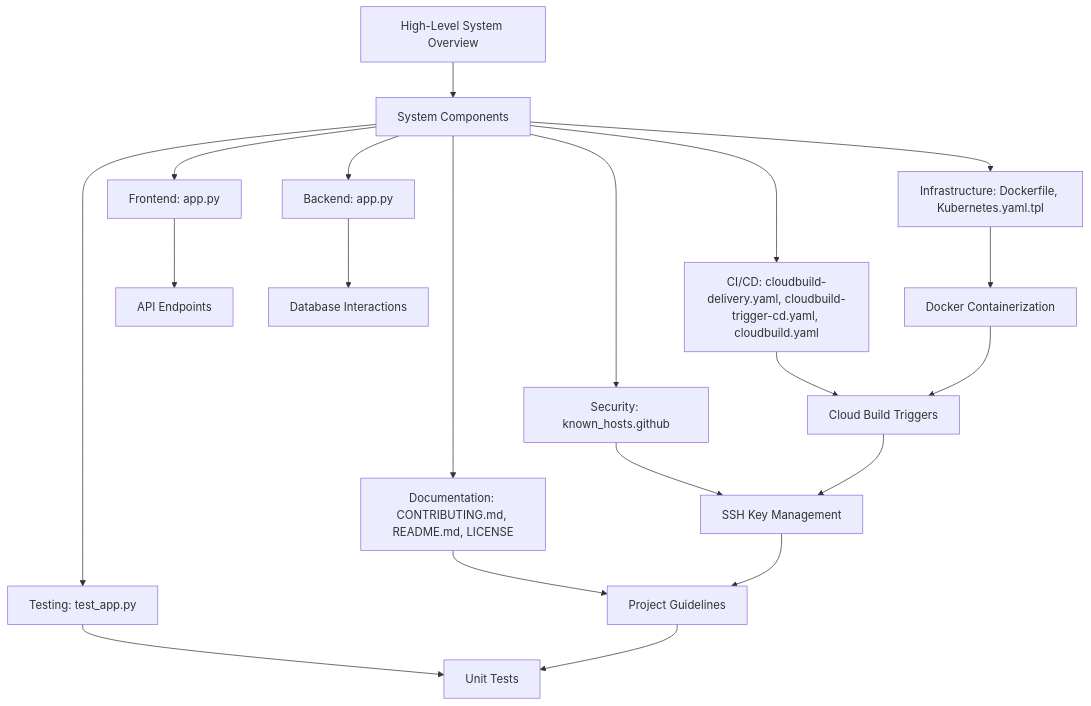
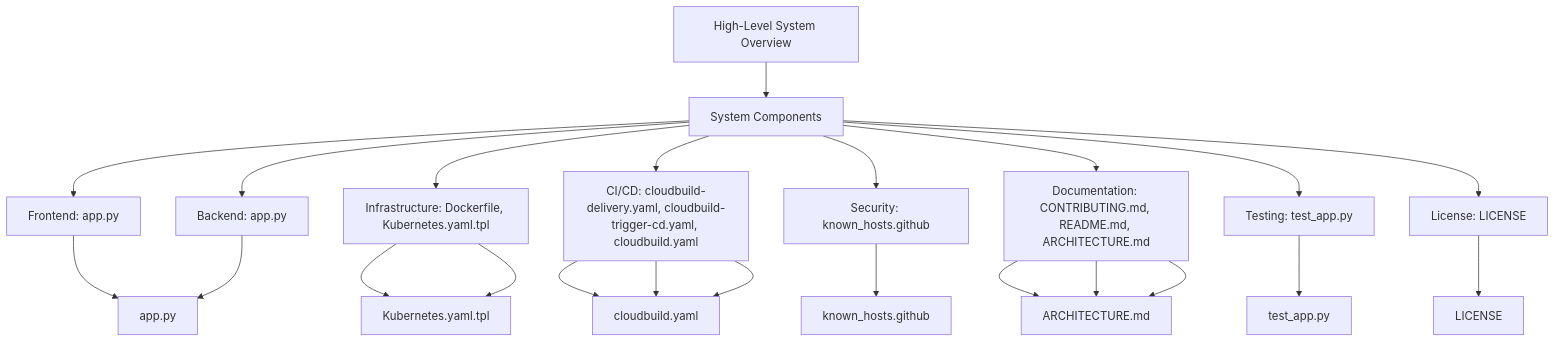
The diagram in ARCHITECTURE.md (nirzaraghure/hello-cloudbuild-app), drawn with Mermaid before and after one commit.

Commit message:
🤖 GitGenius: AI-generated code fix

````diff
--- a/ARCHITECTURE.md
+++ b/ARCHITECTURE.md
@@ -3,24 +3,26 @@
 ```mermaid
 graph TD
     A[High-Level System Overview] --> B[System Components]
     B --> C[Frontend: app.py]
     B --> D[Backend: app.py]
     B --> E[Infrastructure: Dockerfile, Kubernetes.yaml.tpl]
     B --> F[CI/CD: cloudbuild-delivery.yaml, cloudbuild-trigger-cd.yaml, cloudbuild.yaml]
     B --> G[Security: known_hosts.github]
-    B --> H[Documentation: CONTRIBUTING.md, README.md, LICENSE]
+    B --> H[Documentation: CONTRIBUTING.md, README.md, ARCHITECTURE.md]
     B --> I[Testing: test_app.py]
+    B --> J[License: LICENSE]
 
-    C --> J[API Endpoints]
-    D --> K[Database Interactions]
-    E --> L[Docker Containerization]
-    F --> M[Cloud Build Triggers]
-    G --> N[SSH Key Management]
-    H --> O[Project Guidelines]
-    I --> P[Unit Tests]
-
-    L --> M
-    M --> N
-    N --> O
-    O --> P
+    C --> K[app.py]
+    D --> K[app.py]
+    E --> L[Dockerfile]
+    E --> L[Kubernetes.yaml.tpl]
+    F --> M[cloudbuild-delivery.yaml]
+    F --> M[cloudbuild-trigger-cd.yaml]
+    F --> M[cloudbuild.yaml]
+    G --> N[known_hosts.github]
+    H --> O[CONTRIBUTING.md]
+    H --> O[README.md]
+    H --> O[ARCHITECTURE.md]
+    I --> P[test_app.py]
+    J --> Q[LICENSE]
 ```
````
